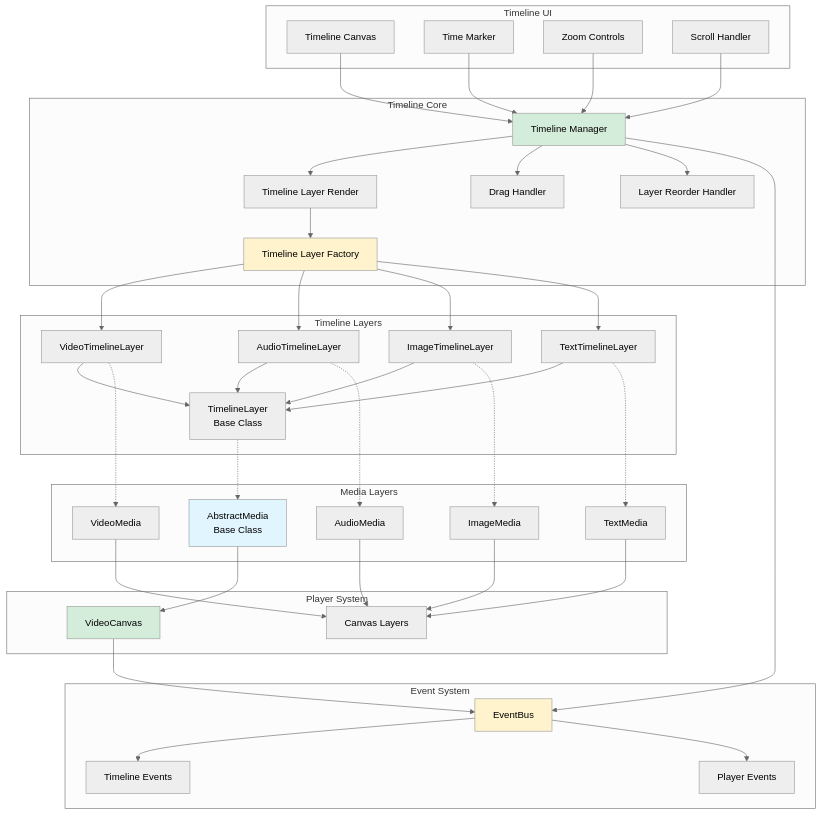
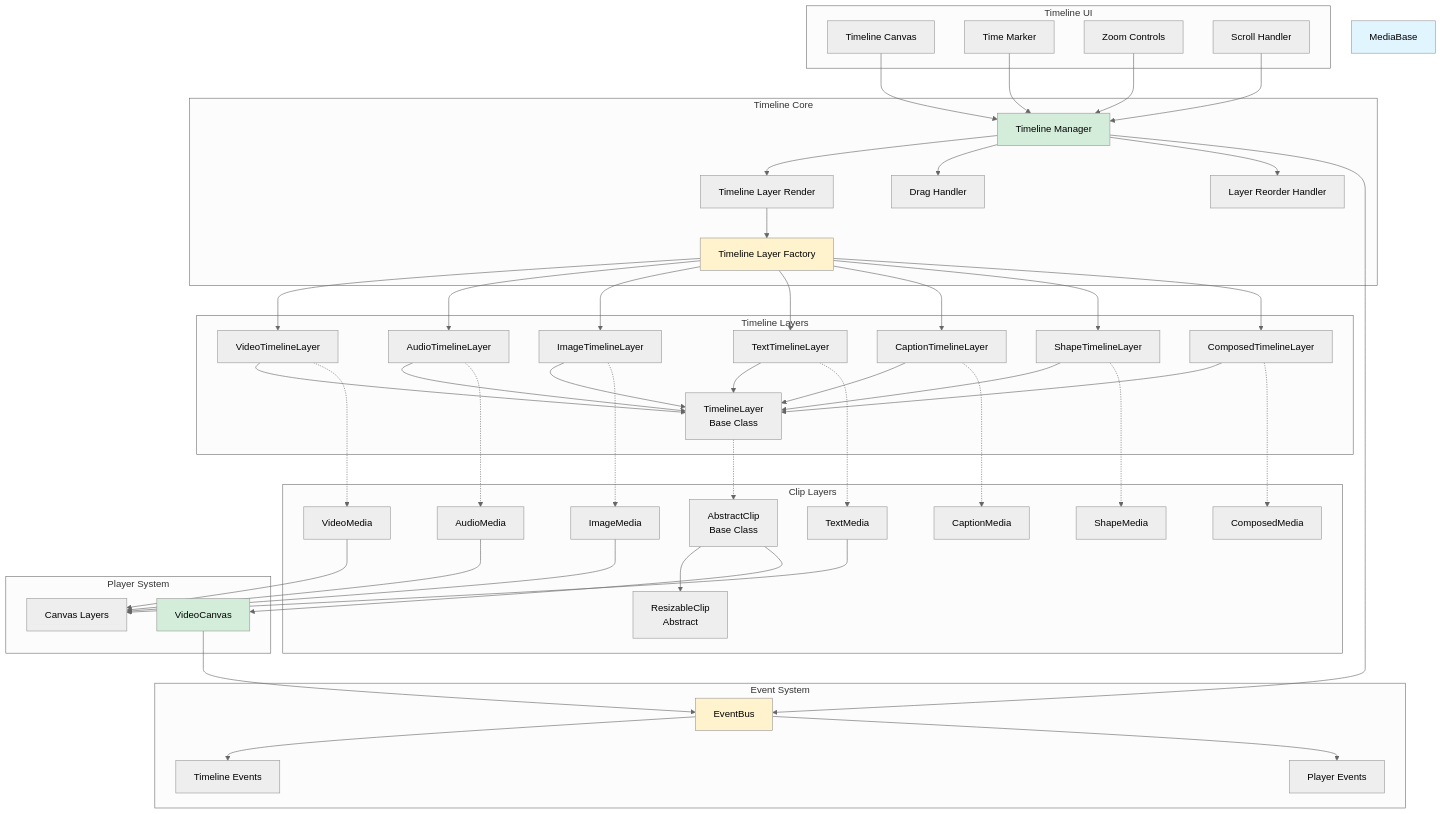
The first of 19 diagrams in docs/architecture/05-timeline-layers.md (apssouza22/web-video-edit), drawn with Mermaid (neutral theme) before and after one commit. The commit also changed other lines of this file and 12 other files, not shown here.

Commit message:
Update architecture

```diff
--- a/docs/architecture/05-timeline-layers.md
+++ b/docs/architecture/05-timeline-layers.md
@@ -29,14 +29,21 @@
         AudioTL[AudioTimelineLayer]
         ImageTL[ImageTimelineLayer]
         TextTL[TextTimelineLayer]
+        CaptionTL[CaptionTimelineLayer]
+        ShapeTL[ShapeTimelineLayer]
+        ComposedTL[ComposedTimelineLayer]
     end
-    
-    subgraph "Media Layers"
-        MediaBase[AbstractMedia<br/>Base Class]
+
+    subgraph "Clip Layers"
+        ClipBase[AbstractClip<br/>Base Class]
+        ResizableClip[ResizableClip<br/>Abstract]
         VideoMedia[VideoMedia]
         AudioMedia[AudioMedia]
         ImageMedia[ImageMedia]
         TextMedia[TextMedia]
+        CaptionMedia[CaptionMedia]
+        ShapeMedia[ShapeMedia]
+        ComposedMedia[ComposedMedia]
     end
     
     subgraph "Player System"
@@ -64,19 +71,29 @@
     TLFactory --> AudioTL
     TLFactory --> ImageTL
     TLFactory --> TextTL
-    
+    TLFactory --> CaptionTL
+    TLFactory --> ShapeTL
+    TLFactory --> ComposedTL
+
     VideoTL --> TLBase
     AudioTL --> TLBase
     ImageTL --> TLBase
     TextTL --> TLBase
-    
-    TLBase -.-> MediaBase
+    CaptionTL --> TLBase
+    ShapeTL --> TLBase
+    ComposedTL --> TLBase
+
+    TLBase -.-> ClipBase
     VideoTL -.-> VideoMedia
     AudioTL -.-> AudioMedia
     ImageTL -.-> ImageMedia
     TextTL -.-> TextMedia
-    
-    MediaBase --> Player
+    CaptionTL -.-> CaptionMedia
+    ShapeTL -.-> ShapeMedia
+    ComposedTL -.-> ComposedMedia
+
+    ClipBase --> ResizableClip
+    ClipBase --> Player
     VideoMedia --> CanvasLayers
     AudioMedia --> CanvasLayers
     ImageMedia --> CanvasLayers
```
